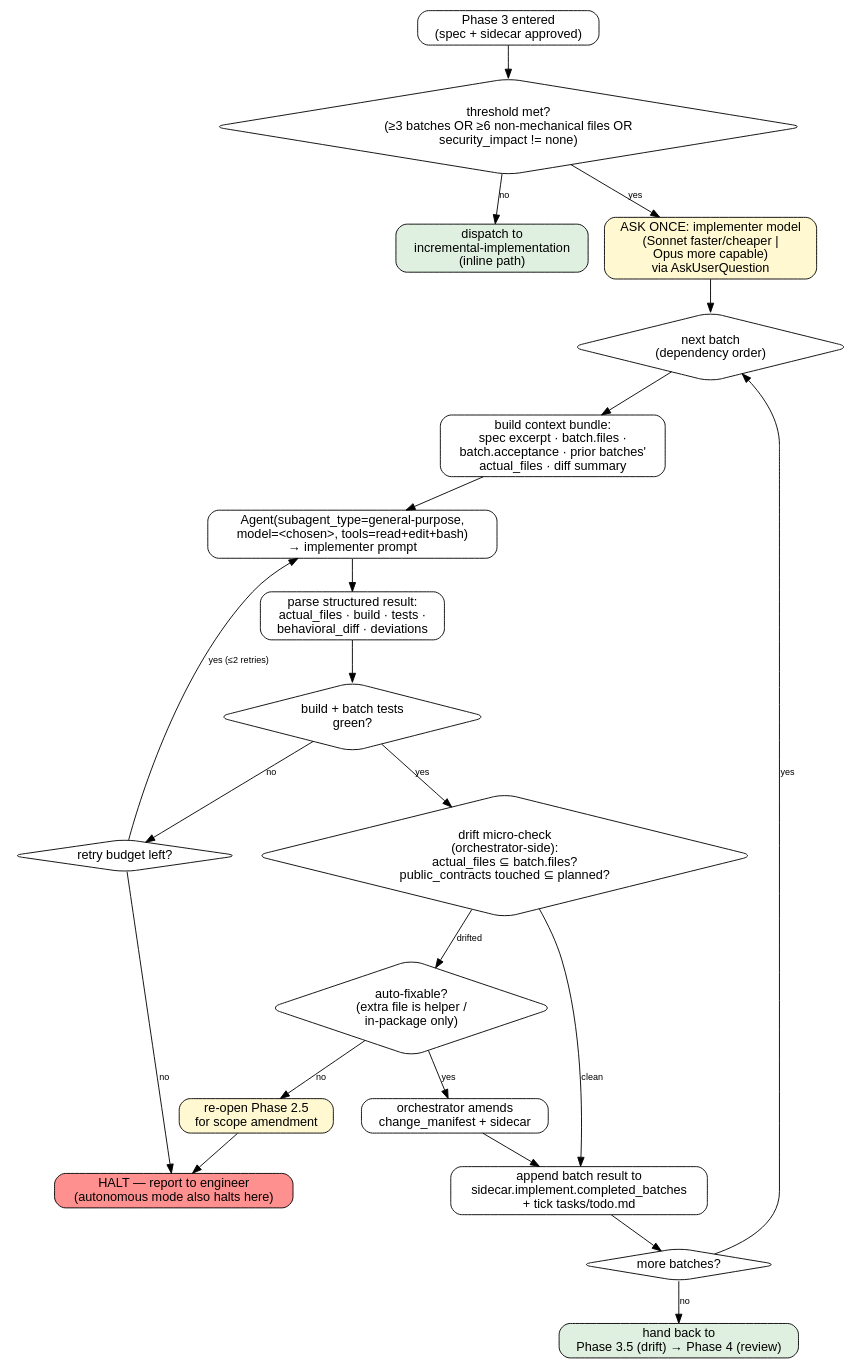
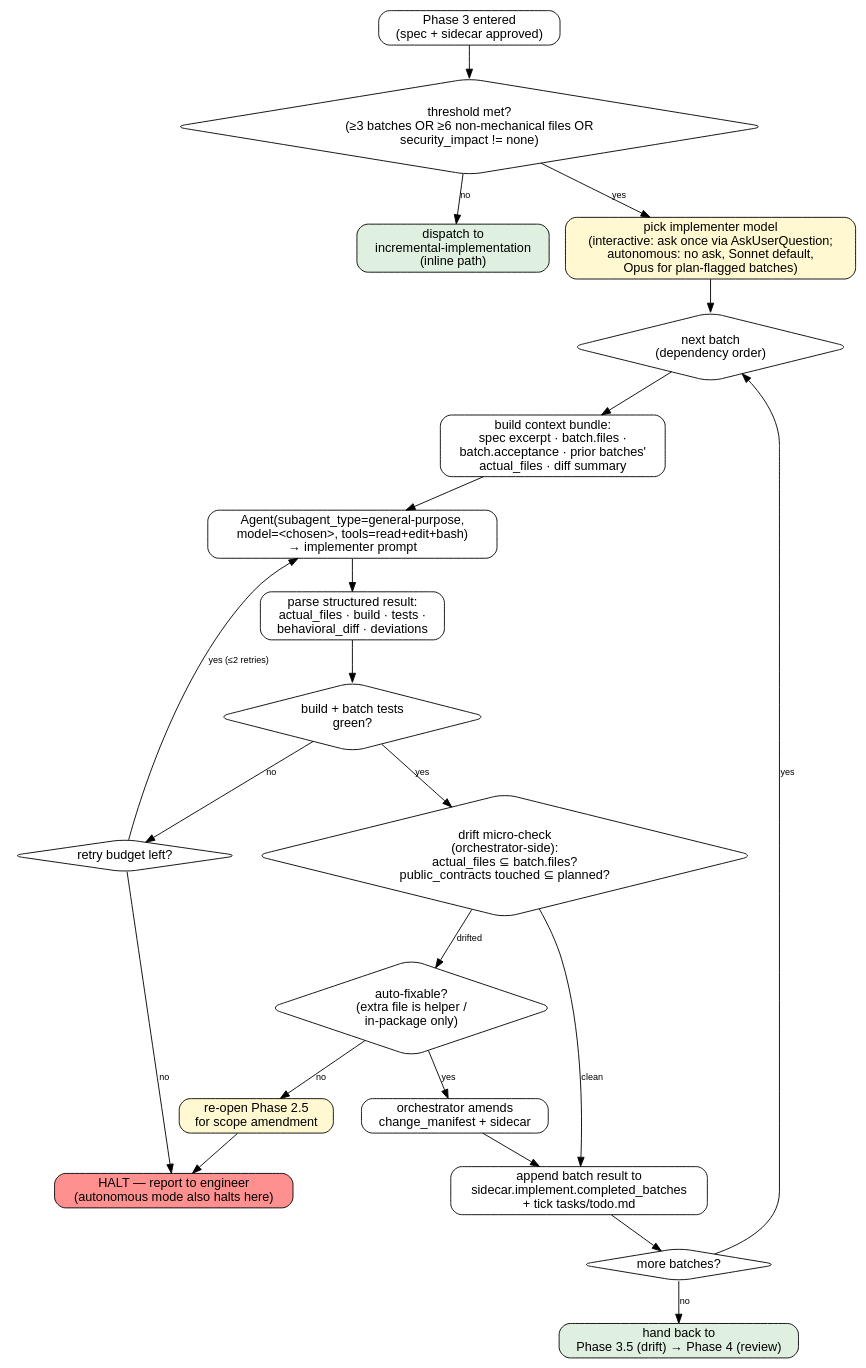
One commit to moberghr/mtk-agent-toolkit changed the diagram in .claude/references/subagent-dynamic-workflow.md. Above: the diagram before and after it, drawn with Graphviz. The commit also changed other lines of this file and 53 other files, not shown here.

````diff
--- a/.claude/references/subagent-dynamic-workflow.md
+++ b/.claude/references/subagent-dynamic-workflow.md
@@ -14,52 +14,52 @@
 ```dot
 digraph subagent_impl {
   rankdir=TB;
   node [shape=box, style=rounded, fontname="Helvetica"];
   edge [fontname="Helvetica", fontsize=10];
 
   start    [label="Phase 3 entered\n(spec + sidecar approved)"];
   thr      [label="threshold met?\n(≥3 batches OR ≥6 non-mechanical files OR\nsecurity_impact != none)", shape=diamond];
   inline   [label="dispatch to\nincremental-implementation\n(inline path)", style="rounded,filled", fillcolor="#e0f0e0"];
-  ask      [label="ASK ONCE: implementer model\n(Sonnet faster/cheaper |\nOpus more capable)\nvia AskUserQuestion",
+  ask      [label="pick implementer model\n(interactive: ask once via AskUserQuestion;\nautonomous: no ask, Sonnet default,\nOpus for plan-flagged batches)",
             style="rounded,filled", fillcolor="#fff8d0"];
 
   next     [label="next batch\n(dependency order)", shape=diamond];
   bundle   [label="build context bundle:\nspec excerpt · batch.files ·\nbatch.acceptance · prior batches'\nactual_files · diff summary"];
   spawn    [label="Agent(subagent_type=general-purpose,\nmodel=<chosen>, tools=read+edit+bash)\n→ implementer prompt"];
   parse    [label="parse structured result:\nactual_files · build · tests ·\nbehavioral_diff · deviations"];
   buildok  [label="build + batch tests\ngreen?", shape=diamond];
   retry    [label="retry budget left?", shape=diamond];
   halt     [label="HALT — report to engineer\n(autonomous mode also halts here)",
             style="rounded,filled", fillcolor="#ff9090"];
 
   drift    [label="drift micro-check\n(orchestrator-side):\nactual_files ⊆ batch.files?\npublic_contracts touched ⊆ planned?", shape=diamond];
   fixable  [label="auto-fixable?\n(extra file is helper /\nin-package only)", shape=diamond];
   reapprove[label="re-open Phase 2.5\nfor scope amendment",
             style="rounded,filled", fillcolor="#fff8d0"];
   amend    [label="orchestrator amends\nchange_manifest + sidecar"];
 
   persist  [label="append batch result to\nsidecar.implement.completed_batches\n+ tick tasks/todo.md"];
   more     [label="more batches?", shape=diamond];
   done     [label="hand back to\nPhase 3.5 (drift) → Phase 4 (review)",
             style="rounded,filled", fillcolor="#e0f0e0"];
 
   start -> thr;
   thr -> inline [label="no"];
   thr -> ask    [label="yes"];
   ask -> next;
   next -> bundle -> spawn -> parse -> buildok;
   buildok -> retry [label="no"];
   retry -> spawn  [label="yes (≤2 retries)"];
   retry -> halt   [label="no"];
   buildok -> drift [label="yes"];
   drift -> persist [label="clean"];
   drift -> fixable [label="drifted"];
   fixable -> amend [label="yes"];
   fixable -> reapprove [label="no"];
   amend -> persist;
   reapprove -> halt;
   persist -> more;
   more -> next [label="yes"];
   more -> done [label="no"];
 }
 ```
````
